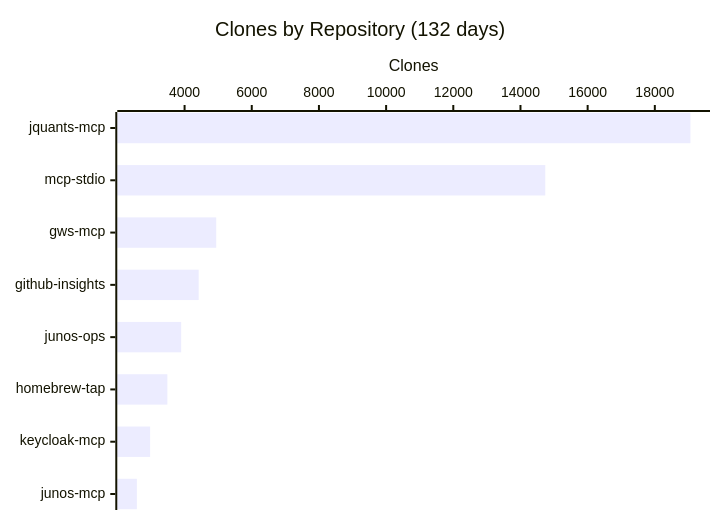
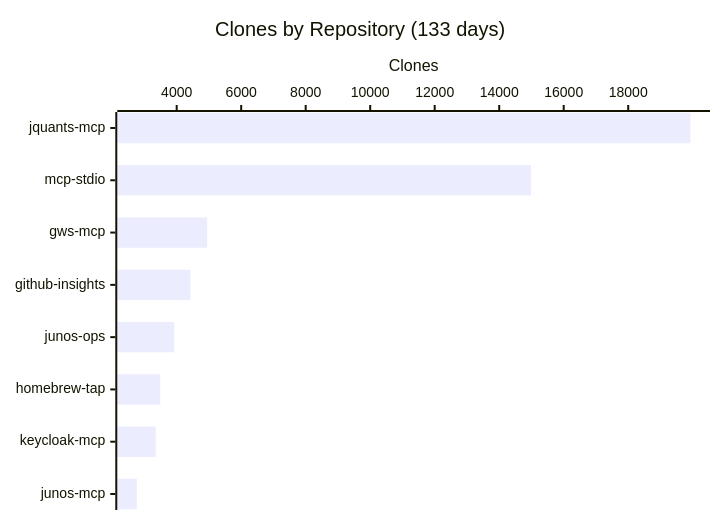
One commit to shigechika/github-insights changed the fourth of 4 diagrams in README.md. Above: the diagram before and after it, drawn with Mermaid. The commit also changed other lines of this file and 2 other files, not shown here.

````diff
--- a/README.md
+++ b/README.md
@@ -58,7 +58,7 @@
 ```mermaid
 xychart-beta horizontal
-    title "Clones by Repository (132 days)"
+    title "Clones by Repository (133 days)"
     x-axis ["jquants-mcp", "mcp-stdio", "gws-mcp", "github-insights", "junos-ops", "homebrew-tap", "keycloak-mcp", "junos-mcp"]
     y-axis "Clones"
-    bar [19060, 14739, 4942, 4419, 3899, 3487, 2974, 2579]
+    bar [19929, 14986, 4945, 4429, 3923, 3490, 3348, 2765]
 ```
````
